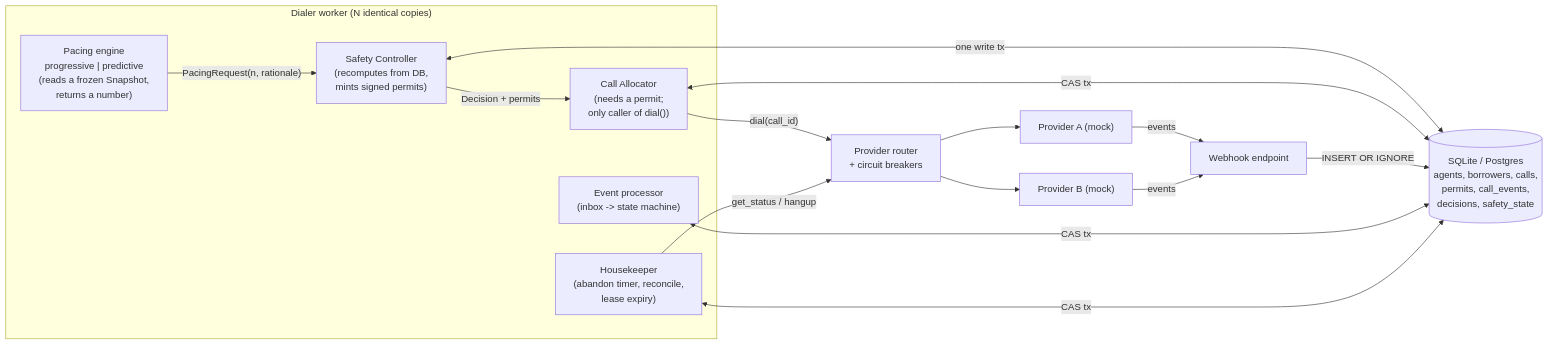
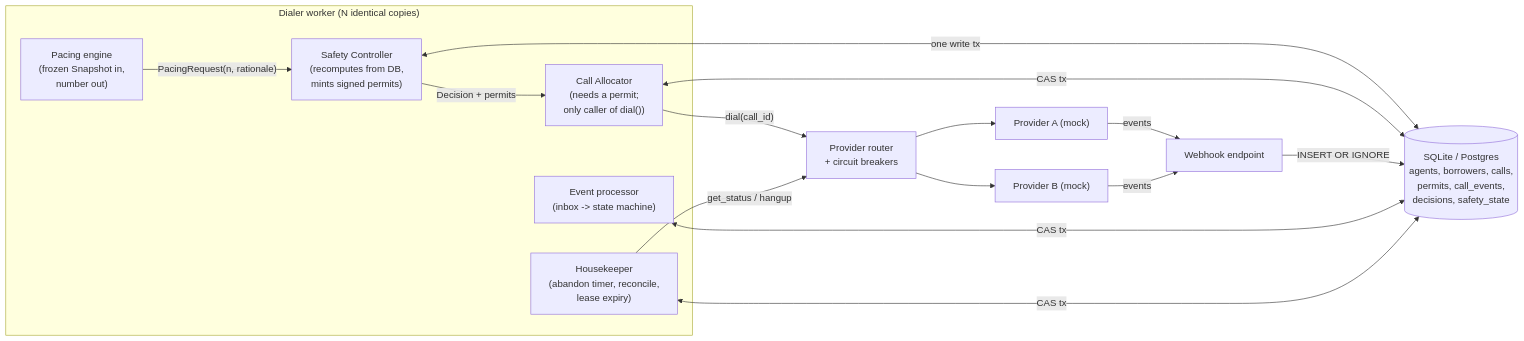
Before and after one commit to chivukula-vydik/smartdialer: the first of 3 diagrams in README.md, drawn with Mermaid. The commit also changed other lines of this file and 1 other file, not shown here.

````diff
--- a/README.md
+++ b/README.md
@@ -104,26 +92,26 @@
 ```mermaid
 flowchart LR
     subgraph Worker["Dialer worker (N identical copies)"]
-        P["Pacing engine<br/>progressive | predictive<br/>(reads a frozen Snapshot,<br/>returns a number)"]
+        P["Pacing engine<br/>(frozen Snapshot in,<br/>number out)"]
         S["Safety Controller<br/>(recomputes from DB,<br/>mints signed permits)"]
         AL["Call Allocator<br/>(needs a permit;<br/>only caller of dial())"]
         EP["Event processor<br/>(inbox -> state machine)"]
         HK["Housekeeper<br/>(abandon timer, reconcile,<br/>lease expiry)"]
     end
     DB[("SQLite / Postgres<br/>agents, borrowers, calls,<br/>permits, call_events,<br/>decisions, safety_state")]
     PR["Provider router<br/>+ circuit breakers"]
     TA["Provider A (mock)"]
     TB["Provider B (mock)"]
     WH["Webhook endpoint"]
 
     P -- "PacingRequest(n, rationale)" --> S
     S -- "Decision + permits" --> AL
     S <-- "one write tx" --> DB
     AL <-- "CAS tx" --> DB
     AL -- "dial(call_id)" --> PR
     PR --> TA & TB
     TA & TB -- "events" --> WH -- "INSERT OR IGNORE" --> DB
     EP <-- "CAS tx" --> DB
     HK <-- "CAS tx" --> DB
     HK -- "get_status / hangup" --> PR
 ```
````
